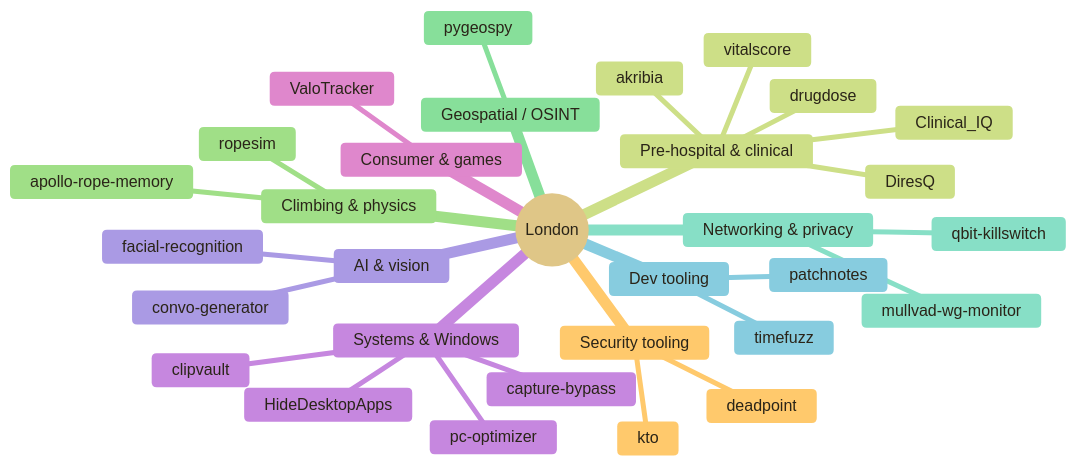
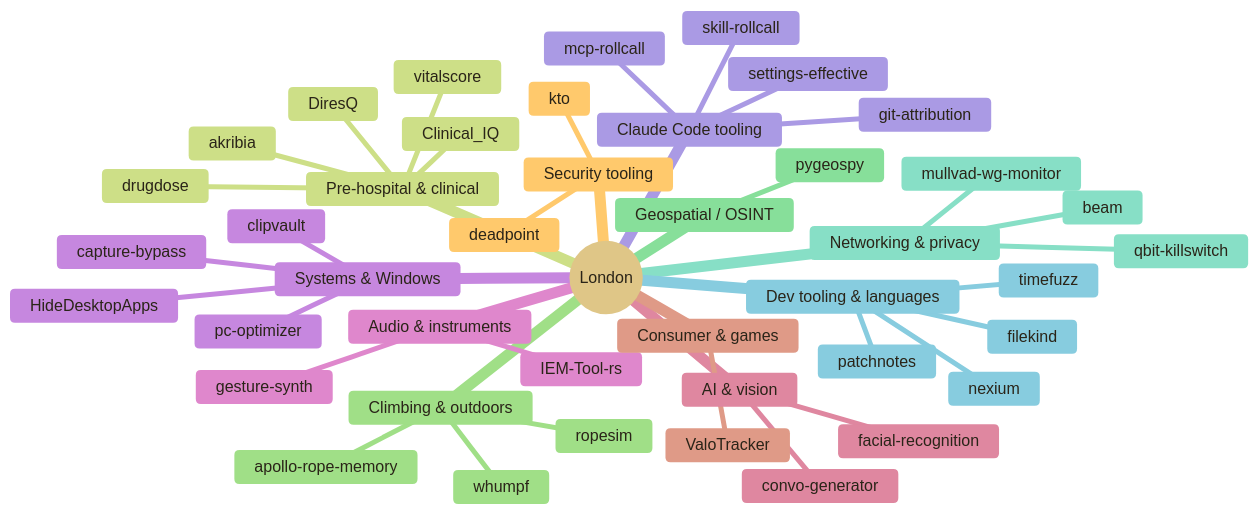
The diagram in README.md (Londopy/Londopy), drawn with Mermaid before and after one commit. The commit also changed other lines of this file, not shown here.

````diff
--- a/README.md
+++ b/README.md
@@ -136,35 +150,47 @@
 ```mermaid
 %%{init: {'theme':'base','themeVariables':{'primaryColor':'#FAF6EC','primaryTextColor':'#2A2418','primaryBorderColor':'#7A5C3A','lineColor':'#7A5C3A','tertiaryColor':'#FFF8EC'}}}%%
 mindmap
   root((London))
     Systems & Windows
       capture-bypass
       HideDesktopApps
       clipvault
       pc-optimizer
     Security tooling
       kto
       deadpoint
     Pre-hospital & clinical
       drugdose
       vitalscore
       Clinical_IQ
       akribia
       DiresQ
-    Climbing & physics
+    Climbing & outdoors
       ropesim
+      whumpf
       apollo-rope-memory
     Geospatial / OSINT
       pygeospy
     Networking & privacy
       qbit-killswitch
       mullvad-wg-monitor
-    Dev tooling
+      beam
+    Dev tooling & languages
+      nexium
       patchnotes
       timefuzz
+      filekind
+    Claude Code tooling
+      skill-rollcall
+      mcp-rollcall
+      settings-effective
+      git-attribution
+    Audio & instruments
+      gesture-synth
+      IEM-Tool-rs
     AI & vision
       facial-recognition
       convo-generator
     Consumer & games
       ValoTracker
 ```
````
